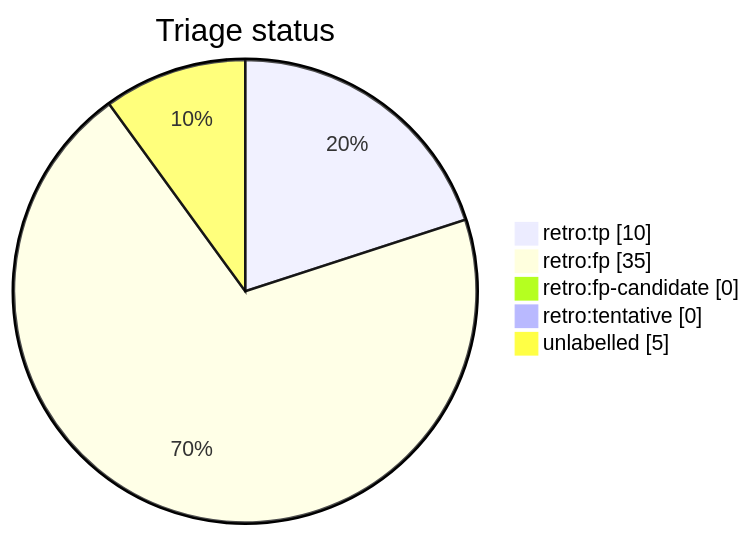
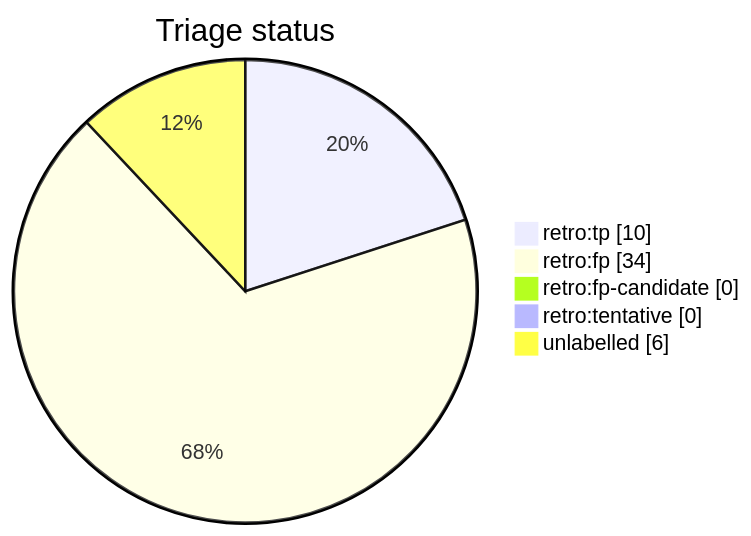
The diagram in docs/generated/scripts/auto-retro-triage-report.md (tvna/claude-md), drawn with Mermaid before and after one commit. The commit also changed other lines of this file, not shown here.

First line of the commit message:
chore(auto-retro): refresh triage report (#1042)

````diff
--- a/docs/generated/scripts/auto-retro-triage-report.md
+++ b/docs/generated/scripts/auto-retro-triage-report.md
@@ -18,9 +17,9 @@
 ```mermaid
 pie showData
     title Triage status
     "retro:tp" : 10
-    "retro:fp" : 35
+    "retro:fp" : 34
     "retro:fp-candidate" : 0
     "retro:tentative" : 0
-    "unlabelled" : 5
+    "unlabelled" : 6
 ```
````
